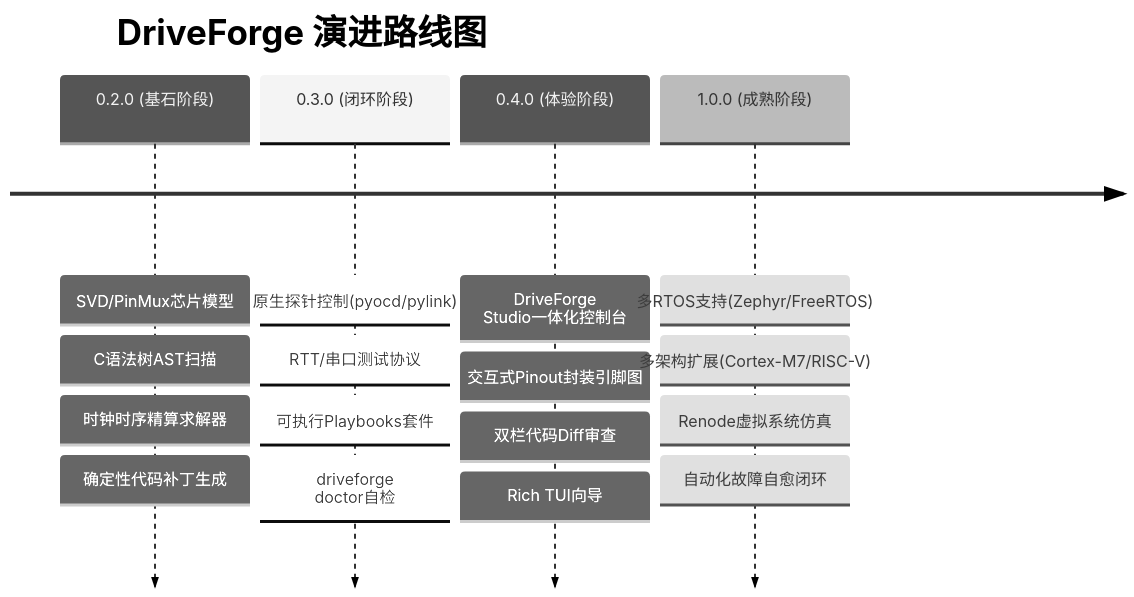
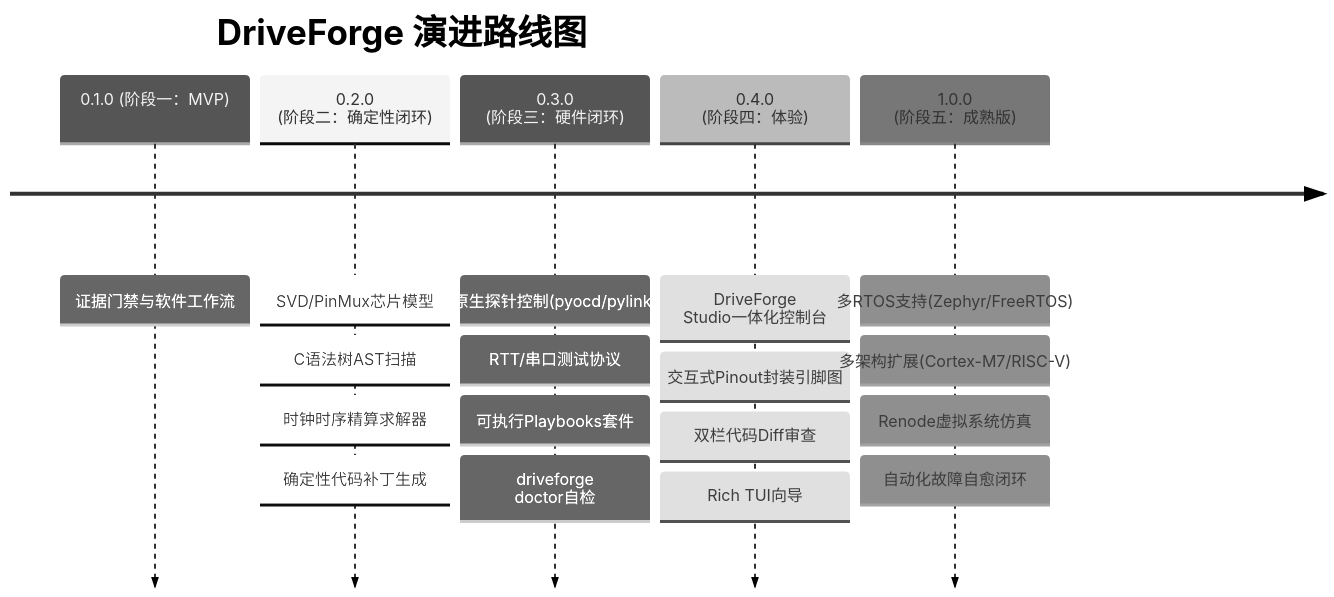
Before and after one commit to Luyuan3014/DriveForge: the third of 3 diagrams in docs/evolution-blueprint.md, drawn with Mermaid (neutral theme). The commit also changed other lines of this file and 6 other files, not shown here.

````diff
--- a/docs/evolution-blueprint.md
+++ b/docs/evolution-blueprint.md
@@ -293,20 +293,21 @@
 ```mermaid
 timeline
     title DriveForge 演进路线图
-    0.2.0 (基石阶段) : SVD/PinMux芯片模型
+    0.1.0 (阶段一：MVP) : 证据门禁与软件工作流
+    0.2.0 (阶段二：确定性闭环) : SVD/PinMux芯片模型
                      : C语法树AST扫描
                      : 时钟时序精算求解器
                      : 确定性代码补丁生成
-    0.3.0 (闭环阶段) : 原生探针控制(pyocd/pylink)
+    0.3.0 (阶段三：硬件闭环) : 原生探针控制(pyocd/pylink)
                      : RTT/串口测试协议
                      : 可执行Playbooks套件
                      : driveforge doctor自检
-    0.4.0 (体验阶段) : DriveForge Studio一体化控制台
+    0.4.0 (阶段四：体验) : DriveForge Studio一体化控制台
                      : 交互式Pinout封装引脚图
                      : 双栏代码Diff审查
                      : Rich TUI向导
-    1.0.0 (成熟阶段) : 多RTOS支持(Zephyr/FreeRTOS)
+    1.0.0 (阶段五：成熟版) : 多RTOS支持(Zephyr/FreeRTOS)
                      : 多架构扩展(Cortex-M7/RISC-V)
                      : Renode虚拟系统仿真
                      : 自动化故障自愈闭环
 ```
````
